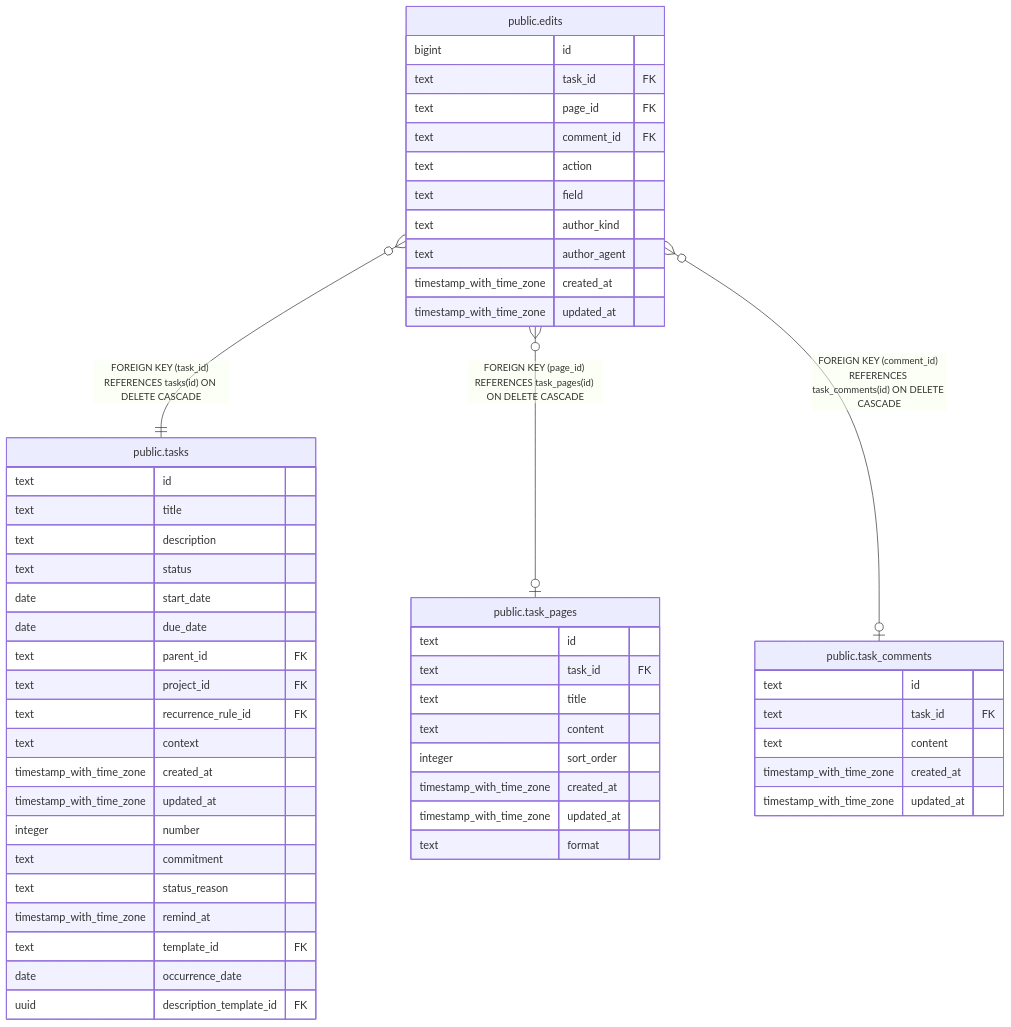
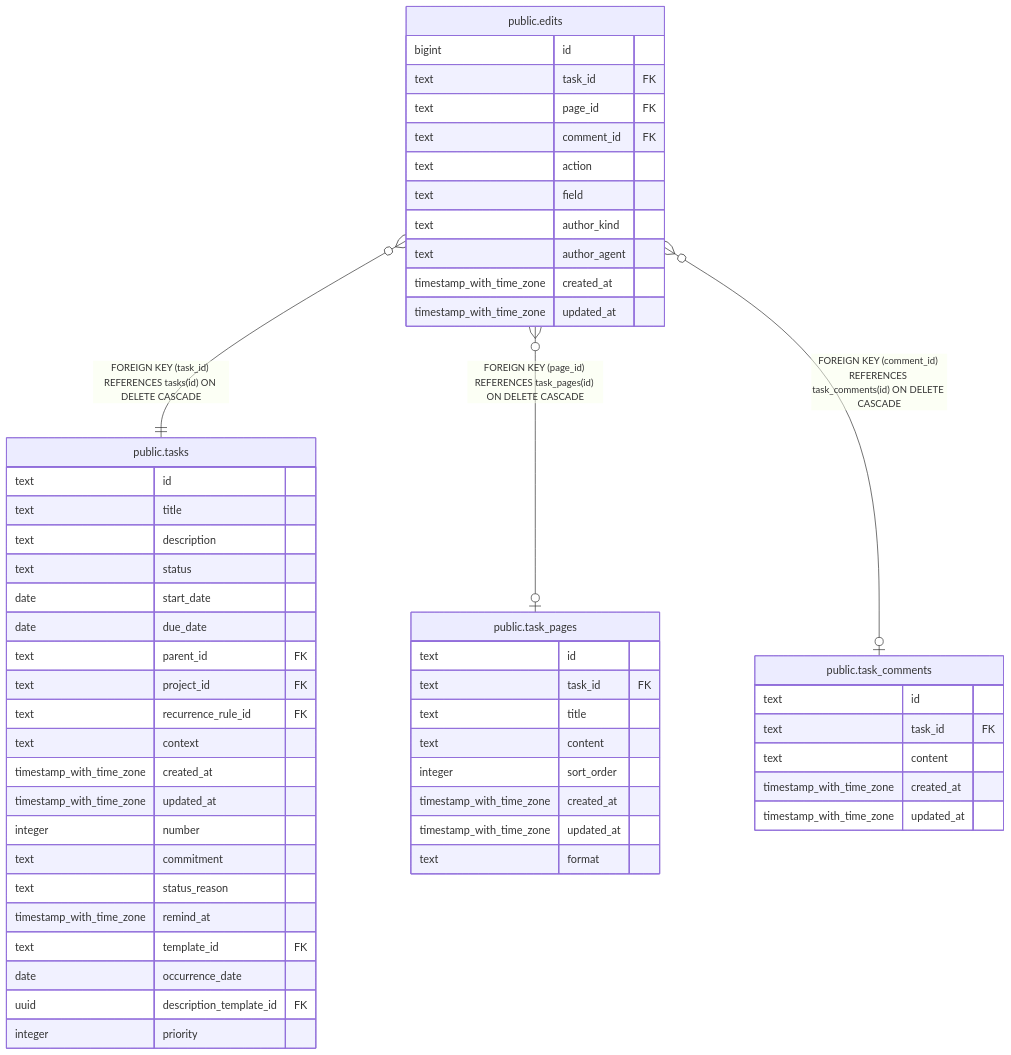
Before and after one commit to fohte/tq: the diagram in api/docs/db/public.edits.md, drawn with Mermaid. The commit also changed 57 other files, not shown here.

````diff
--- a/api/docs/db/public.edits.md
+++ b/api/docs/db/public.edits.md
@@ -54,58 +54,59 @@
 ```mermaid
 erDiagram
 
 "public.edits" }o--|| "public.tasks" : "FOREIGN KEY (task_id) REFERENCES tasks(id) ON DELETE CASCADE"
 "public.edits" }o--o| "public.task_pages" : "FOREIGN KEY (page_id) REFERENCES task_pages(id) ON DELETE CASCADE"
 "public.edits" }o--o| "public.task_comments" : "FOREIGN KEY (comment_id) REFERENCES task_comments(id) ON DELETE CASCADE"
 
 "public.edits" {
   bigint id
   text task_id FK
   text page_id FK
   text comment_id FK
   text action
   text field
   text author_kind
   text author_agent
   timestamp_with_time_zone created_at
   timestamp_with_time_zone updated_at
 }
 "public.tasks" {
   text id
   text title
   text description
   text status
   date start_date
   date due_date
   text parent_id FK
   text project_id FK
   text recurrence_rule_id FK
   text context
   timestamp_with_time_zone created_at
   timestamp_with_time_zone updated_at
   integer number
   text commitment
   text status_reason
   timestamp_with_time_zone remind_at
   text template_id FK
   date occurrence_date
   uuid description_template_id FK
+  integer priority
 }
 "public.task_pages" {
   text id
   text task_id FK
   text title
   text content
   integer sort_order
   timestamp_with_time_zone created_at
   timestamp_with_time_zone updated_at
   text format
 }
 "public.task_comments" {
   text id
   text task_id FK
   text content
   timestamp_with_time_zone created_at
   timestamp_with_time_zone updated_at
 }
 ```
````
